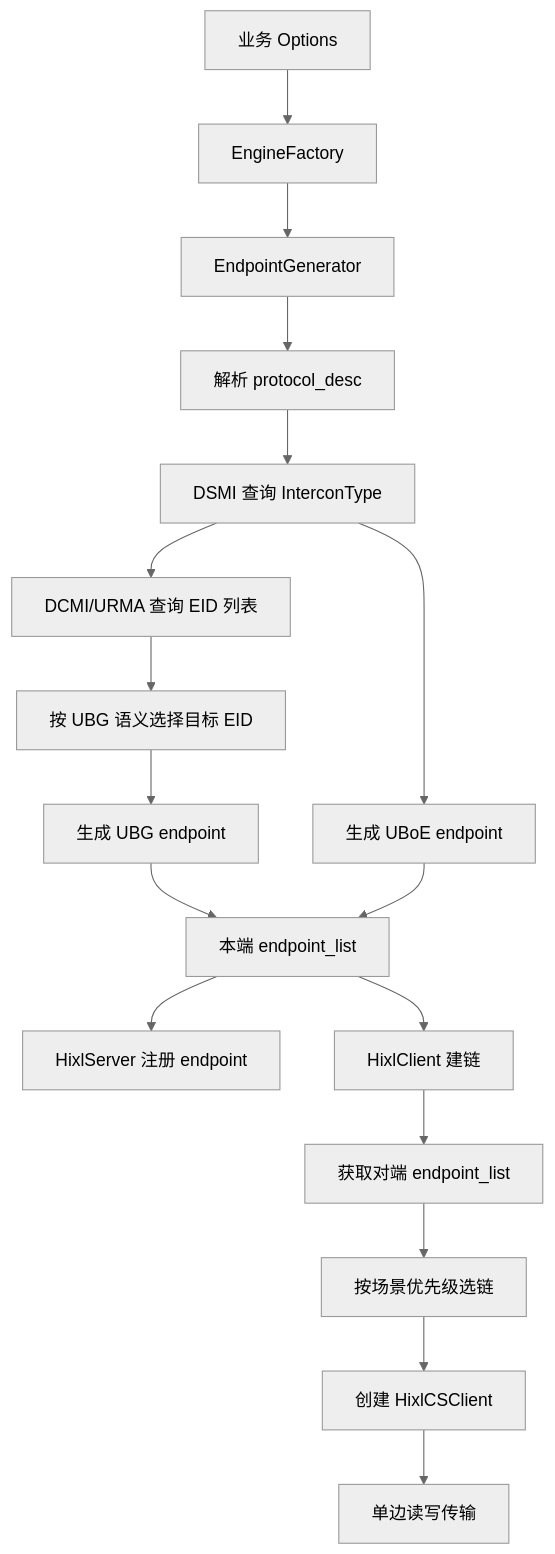
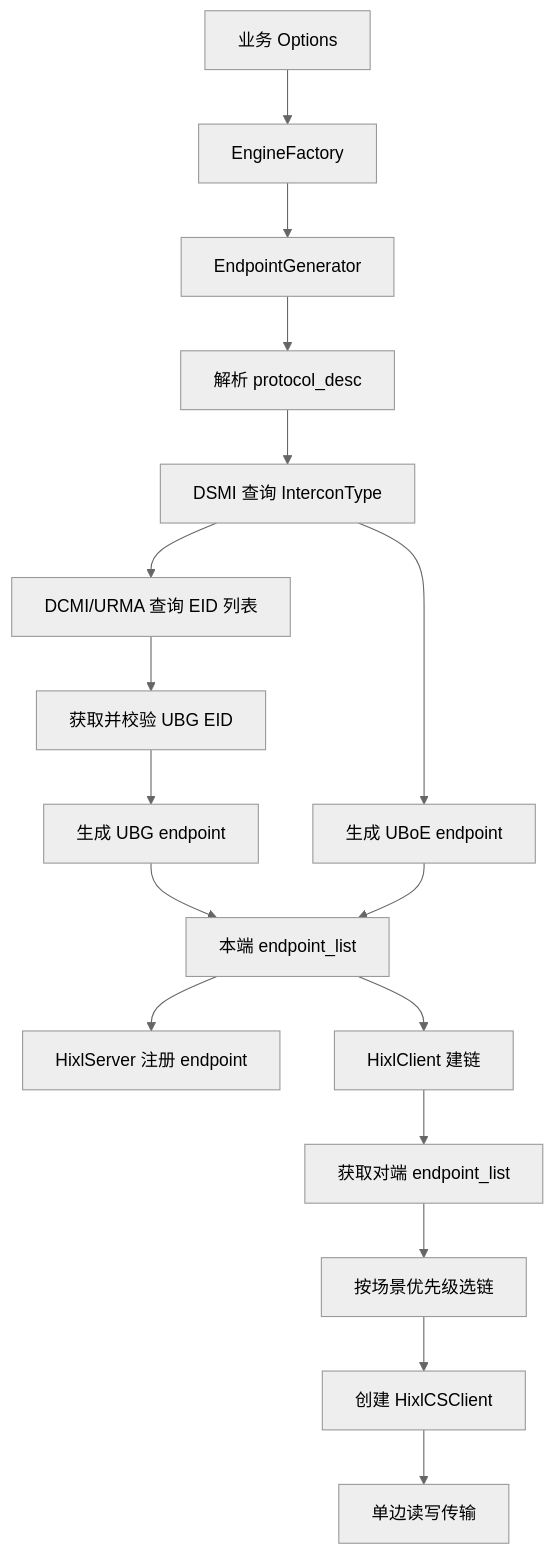
Before and after one commit to libochao-huawei/hixl: the first of 5 diagrams in docs/design/HIXL单边通信支持UBG需求开发设计.md, drawn with Mermaid (neutral theme). The commit also changed other lines of this file and 1 other file, not shown here.

````diff
--- a/docs/design/HIXL单边通信支持UBG需求开发设计.md
+++ b/docs/design/HIXL单边通信支持UBG需求开发设计.md
@@ -273,19 +297,19 @@
 ```mermaid
 flowchart TD
   UserOptions["业务 Options"] --> EngineFactory["EngineFactory"]
   EngineFactory --> EndpointGenerator["EndpointGenerator"]
   EndpointGenerator --> ProtocolDesc["解析 protocol_desc"]
   ProtocolDesc --> DsmiQuery["DSMI 查询 InterconType"]
   DsmiQuery --> DcmiQuery["DCMI/URMA 查询 EID 列表"]
-  DcmiQuery --> FilterEid["按 UBG 语义选择目标 EID"]
+  DcmiQuery --> FilterEid["获取并校验 UBG EID"]
   FilterEid --> UbgEndpoint["生成 UBG endpoint"]
   DsmiQuery --> UboeEndpoint["生成 UBoE endpoint"]
   UbgEndpoint --> LocalEndpointList["本端 endpoint_list"]
   UboeEndpoint --> LocalEndpointList
   LocalEndpointList --> HixlServer["HixlServer 注册 endpoint"]
   LocalEndpointList --> HixlClient["HixlClient 建链"]
   HixlClient --> RemoteEndpointList["获取对端 endpoint_list"]
   RemoteEndpointList --> SelectProtocol["按场景优先级选链"]
   SelectProtocol --> CsClient["创建 HixlCSClient"]
   CsClient --> Transfer["单边读写传输"]
 ```
````
